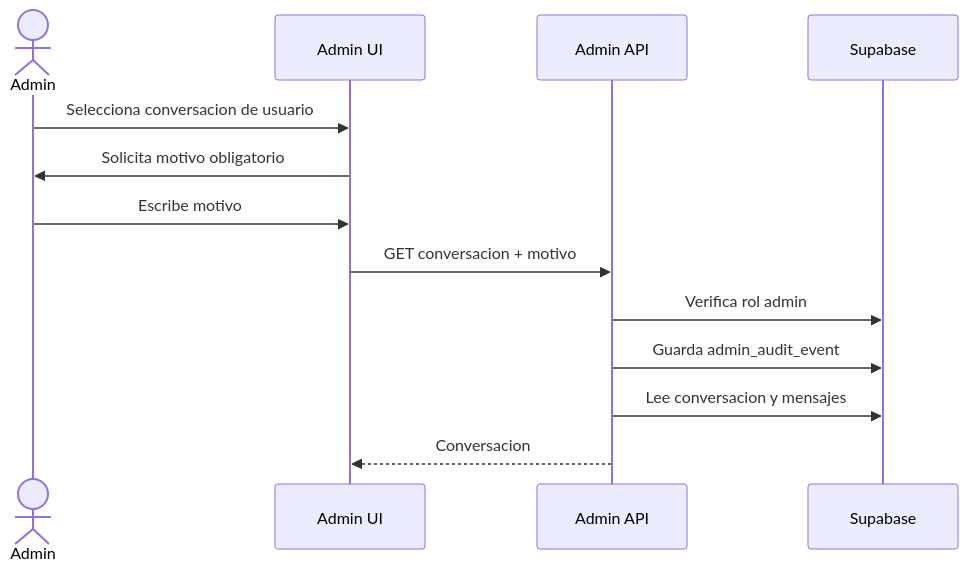
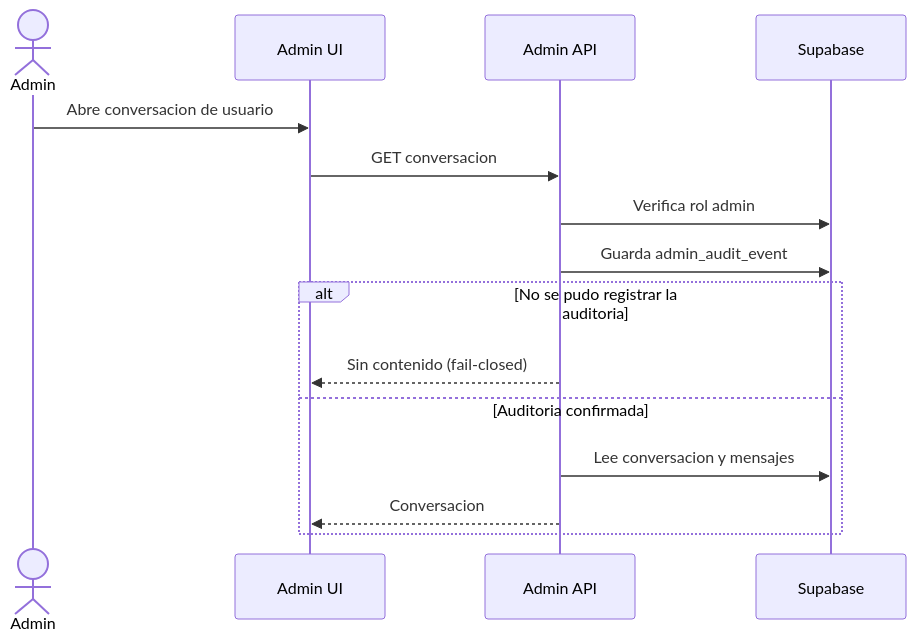
Before and after one commit to scouts-colombia/chatbot-zulu: the second of 2 diagrams in docs/pilot-scope-v0.3.1.md, drawn with Mermaid. The commit also changed other lines of this file and 76 other files, not shown here.

````diff
--- a/docs/pilot-scope-v0.3.1.md
+++ b/docs/pilot-scope-v0.3.1.md
@@ -923,16 +968,18 @@
 ```mermaid
 sequenceDiagram
     actor Admin
     participant UI as Admin UI
     participant API as Admin API
     participant DB as Supabase
 
-    Admin->>UI: Selecciona conversacion de usuario
-    UI->>Admin: Solicita motivo obligatorio
-    Admin->>UI: Escribe motivo
-    UI->>API: GET conversacion + motivo
+    Admin->>UI: Abre conversacion de usuario
+    UI->>API: GET conversacion
     API->>DB: Verifica rol admin
     API->>DB: Guarda admin_audit_event
-    API->>DB: Lee conversacion y mensajes
-    API-->>UI: Conversacion
+    alt No se pudo registrar la auditoria
+        API-->>UI: Sin contenido (fail-closed)
+    else Auditoria confirmada
+        API->>DB: Lee conversacion y mensajes
+        API-->>UI: Conversacion
+    end
 ```
````
